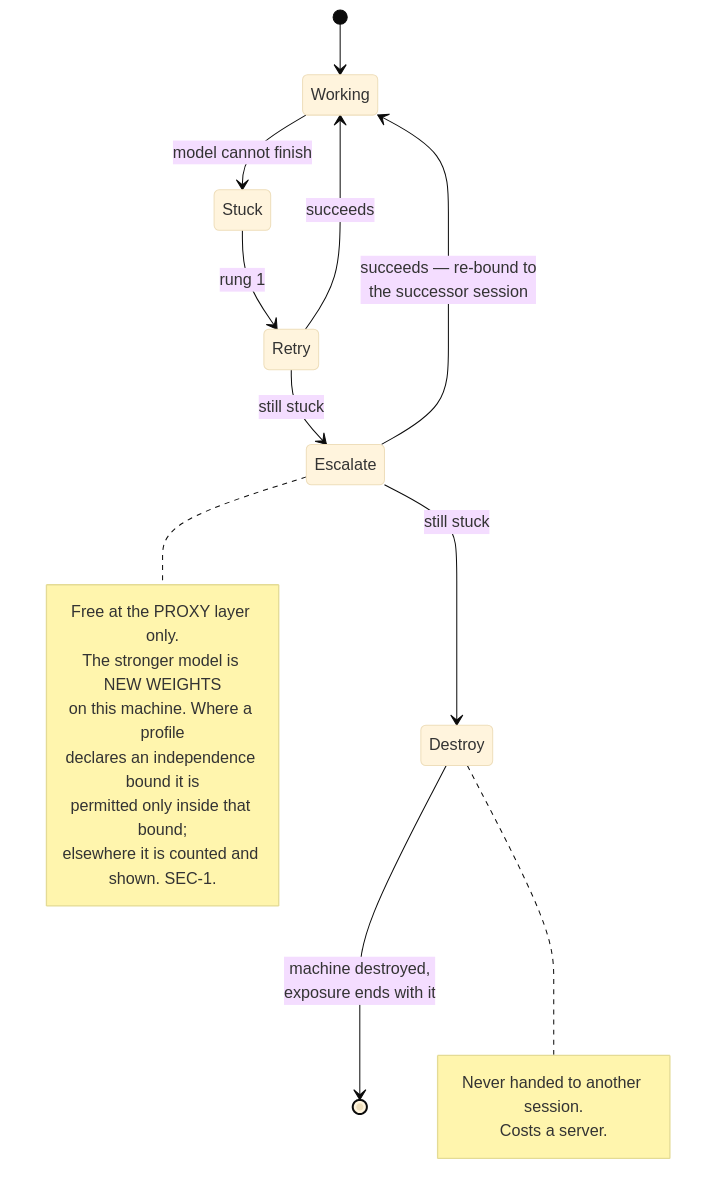
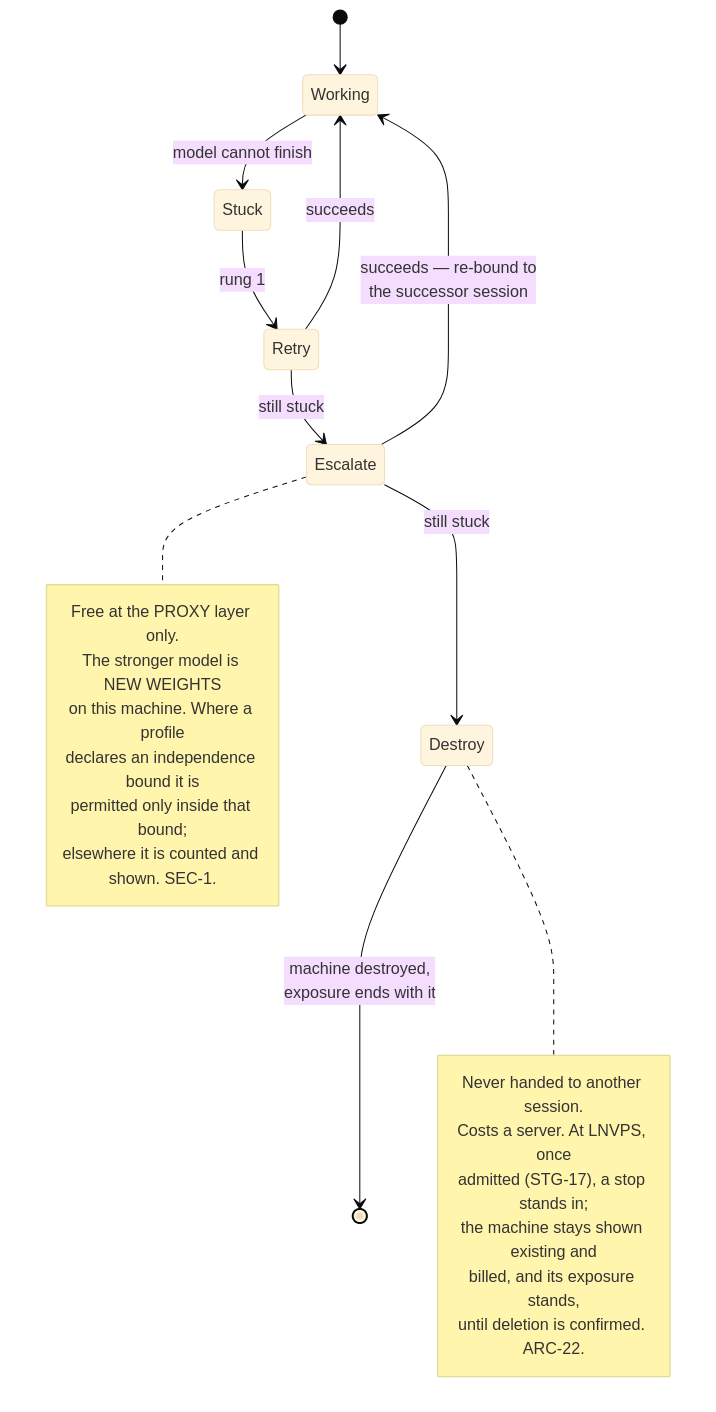
The third of 3 diagrams in 01-architecture.md (douglaz/tau-web-spec), drawn with Mermaid (base theme) before and after one commit. The commit also changed other lines of this file and 5 other files, not shown here.

First line of the commit message:
fix(spec): finish the in-setup rung on arrival and gate each deletion-check use on its own case (tw-ae7, tw-txp) (#75)

````diff
--- a/01-architecture.md
+++ b/01-architecture.md
@@ -759,23 +765,27 @@
 ```mermaid
 stateDiagram-v2
     [*] --> Working
     Working --> Stuck: model cannot finish
     Stuck --> Retry: rung 1
     Retry --> Working: succeeds
     Retry --> Escalate: still stuck
     Escalate --> Working: succeeds — re-bound to<br/>the successor session
     note right of Escalate
         Free at the PROXY layer only.
         The stronger model is NEW WEIGHTS
         on this machine. Where a profile
         declares an independence bound it is
         permitted only inside that bound;
         elsewhere it is counted and shown. SEC-1.
     end note
     Escalate --> Destroy: still stuck
     Destroy --> [*]: machine destroyed,<br/>exposure ends with it
     note right of Destroy
         Never handed to another session.
-        Costs a server.
+        Costs a server. At LNVPS, once
+        admitted (STG-17), a stop stands in;
+        the machine stays shown existing and
+        billed, and its exposure stands,
+        until deletion is confirmed. ARC-22.
     end note
 ```
````
